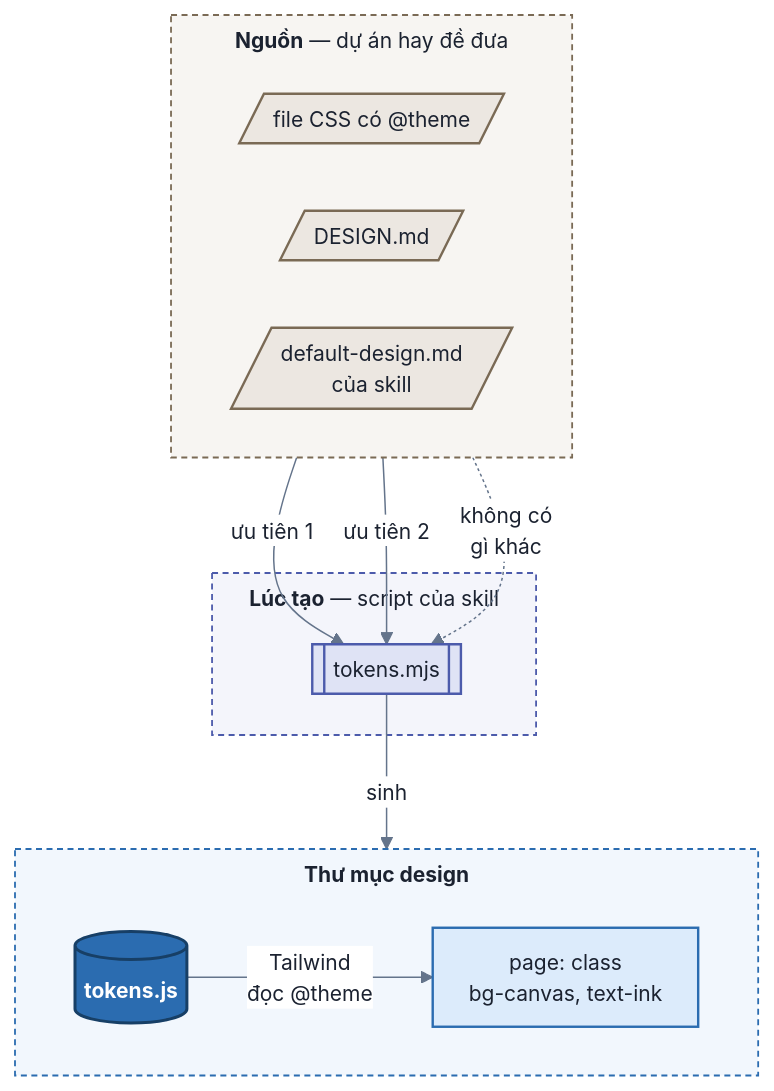
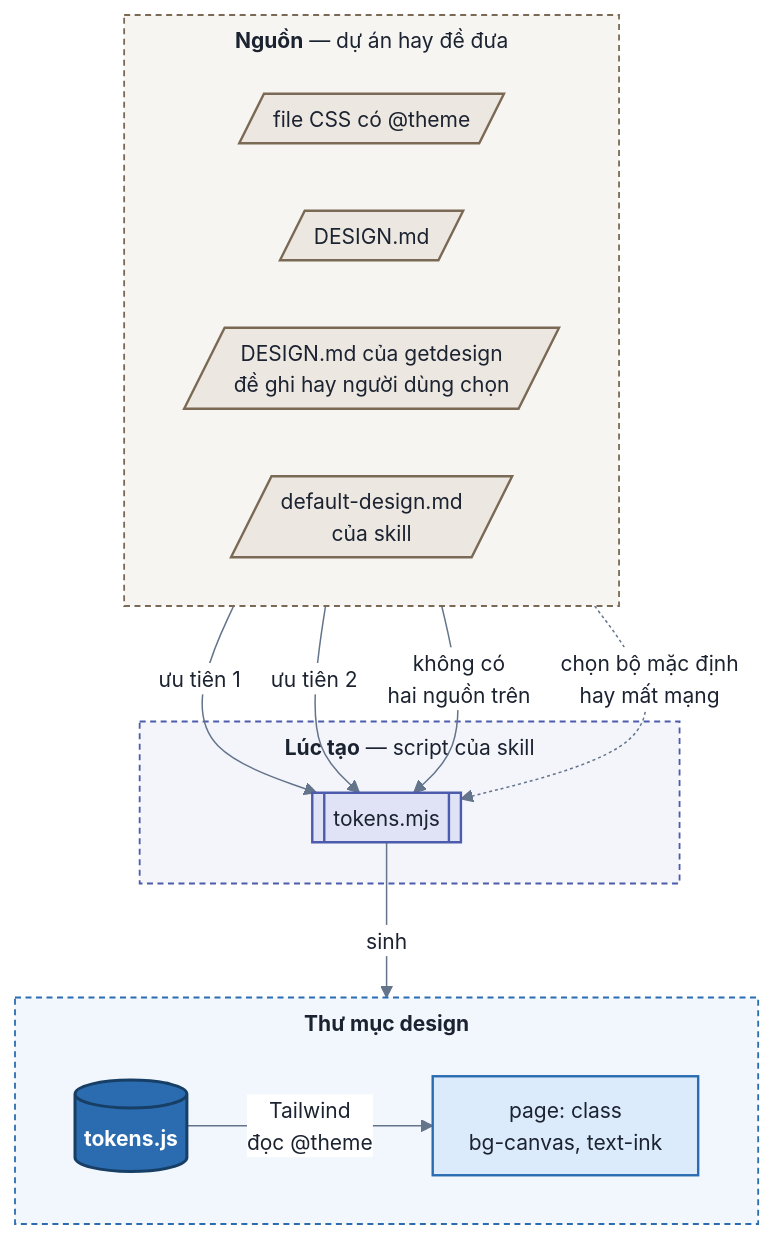
One commit to namitfruits/skills changed the first of 3 diagrams in skills/design-uiux/SPEC.md. Above: the diagram before and after it, drawn with Mermaid. The commit also changed other lines of this file and 55 other files, not shown here.

````diff
--- a/skills/design-uiux/SPEC.md
+++ b/skills/design-uiux/SPEC.md
@@ -103,36 +142,38 @@
 ```mermaid
 %%{init: {'theme':'base','themeVariables':{'fontSize':'14px','titleColor':'#1b2230','textColor':'#1b2230','nodeTextColor':'#1b2230','lineColor':'#64748b','edgeLabelBackground':'#ffffff','clusterBkg':'#F7F8FA','clusterBorder':'#8a93a5'},'flowchart':{'curve':'basis','nodeSpacing':45,'rankSpacing':55,'padding':12,'subGraphTitleMargin':{'top':6,'bottom':14}}}}%%
 flowchart TB
   subgraph SRC["`**Nguồn** — dự án hay đề đưa`"]
     direction LR
     S1[/"file CSS có @theme"/]
     S2[/"DESIGN.md"/]
+    S4[/"DESIGN.md của getdesign<br/>đề ghi hay người dùng chọn"/]
     S3[/"default-design.md<br/>của skill"/]
   end
   subgraph GEN["`**Lúc tạo** — script của skill`"]
     G[["tokens.mjs"]]
   end
   subgraph OUT["`**Thư mục design**`"]
     direction LR
     T[("tokens.js")]
     P["page: class<br/>bg-canvas, text-ink"]
     T -->|"Tailwind<br/>đọc @theme"| P
   end
   S1 -->|"ưu tiên 1"| G
   S2 -->|"ưu tiên 2"| G
-  S3 -.->|"không có<br/>gì khác"| G
+  S4 -->|"không có<br/>hai nguồn trên"| G
+  S3 -.->|"chọn bộ mặc định<br/>hay mất mạng"| G
   G -->|"sinh"| T
   linkStyle default color:#1b2230
 
   classDef fe    fill:#DCEBFB,stroke:#2b6cb0,stroke-width:1.6px,color:#1b2230
   classDef svc   fill:#DFE3F5,stroke:#4c5bab,stroke-width:1.6px,color:#1b2230
   classDef core  fill:#2b6cb0,stroke:#173f66,stroke-width:2px,color:#ffffff,font-weight:bold
   classDef ext   fill:#ECE7E1,stroke:#7a6a55,stroke-width:1.6px,color:#1b2230
-  class S1,S2,S3 ext
+  class S1,S2,S3,S4 ext
   class G svc
   class T core
   class P fe
   style SRC fill:#F7F5F2,stroke:#7a6a55,stroke-width:1.2px,stroke-dasharray: 4 3
   style GEN fill:#F4F5FB,stroke:#4c5bab,stroke-width:1.2px,stroke-dasharray: 4 3
   style OUT fill:#F2F7FD,stroke:#2b6cb0,stroke-width:1.2px,stroke-dasharray: 4 3
 ```
````
